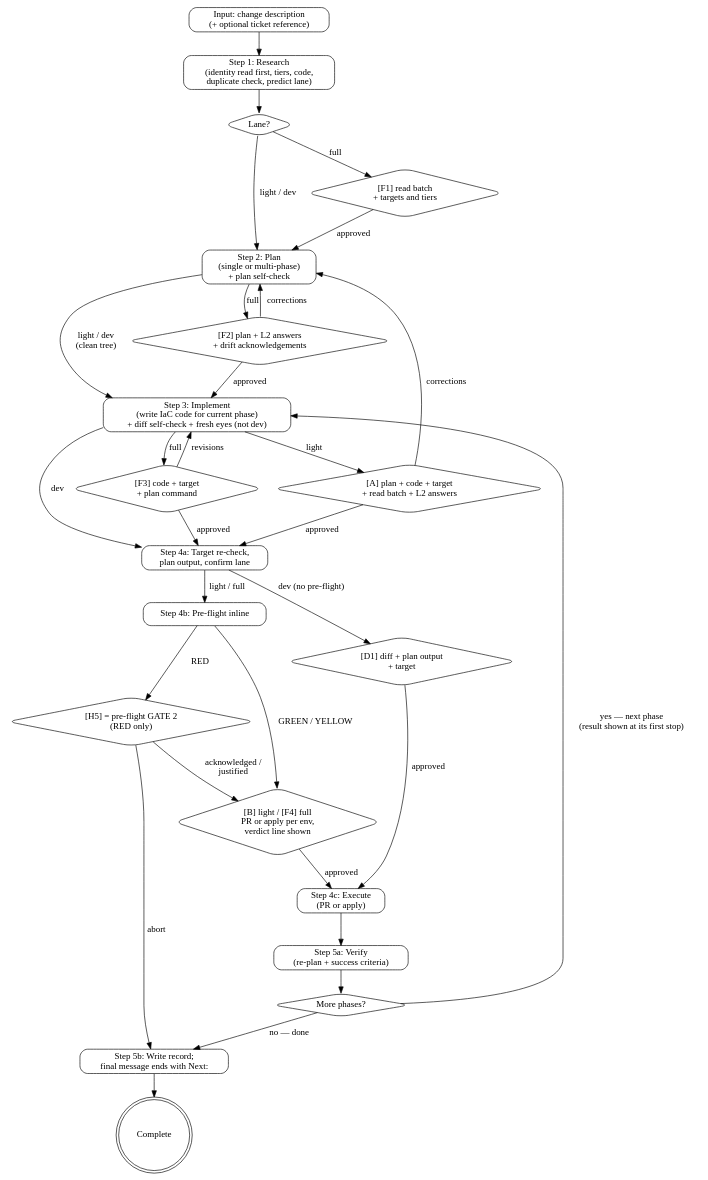
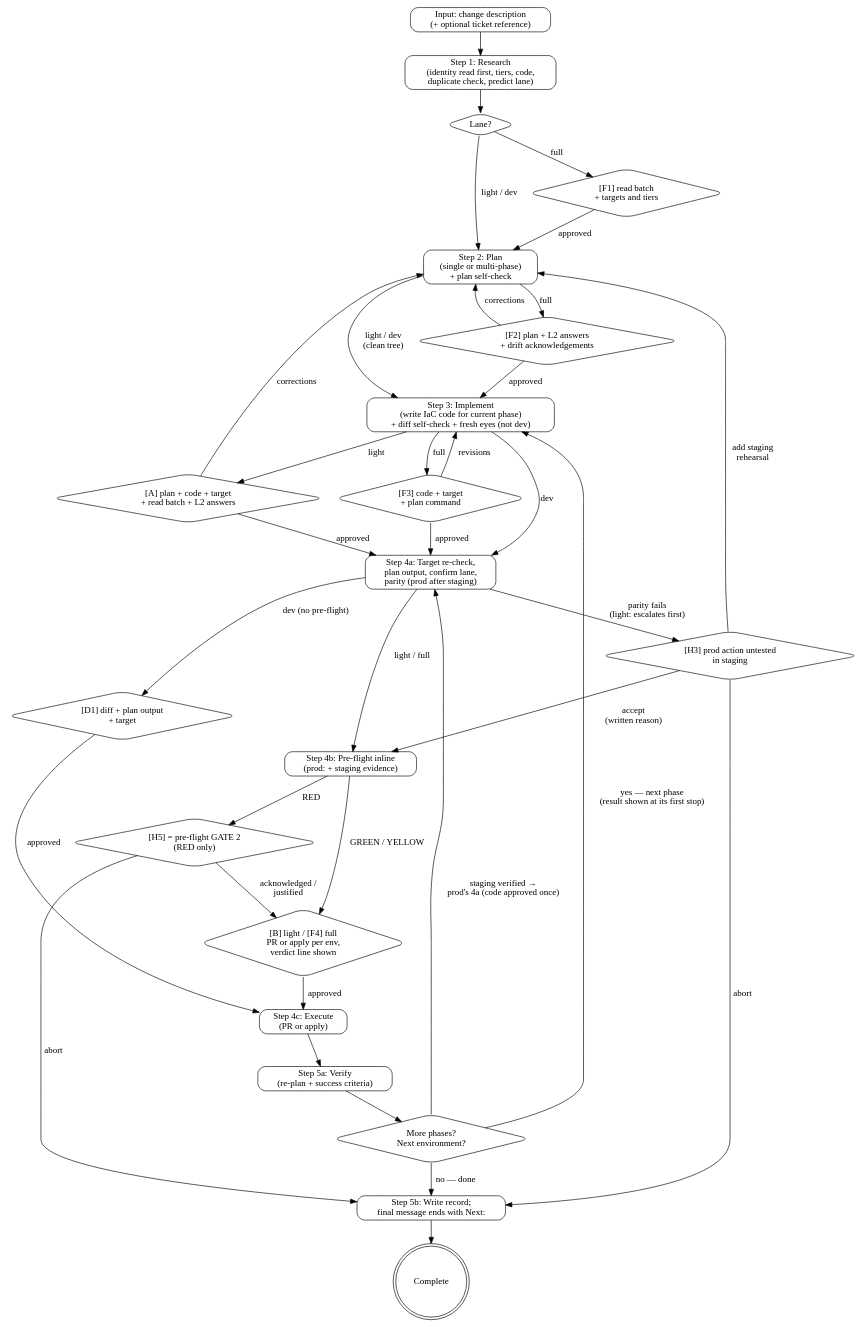
The diagram in skills/iac-change-execution/SKILL.md (culiops/culiops-skills), drawn with Graphviz before and after one commit. The commit also changed other lines of this file and 1 other file, not shown here.

Commit message:
iac-change-execution: staging before prod, parity check

````diff
--- a/skills/iac-change-execution/SKILL.md
+++ b/skills/iac-change-execution/SKILL.md
@@ -93,55 +97,61 @@
 ```dot
 digraph iac_change {
     rankdir=TB;
     node [shape=box, style=rounded];
 
     input     [label="Input: change description\n(+ optional ticket reference)"];
     research  [label="Step 1: Research\n(identity read first, tiers, code,\nduplicate check, predict lane)"];
     lane      [label="Lane?", shape=diamond];
     f1        [label="[F1] read batch\n+ targets and tiers", shape=diamond];
     plan      [label="Step 2: Plan\n(single or multi-phase)\n+ plan self-check"];
     f2        [label="[F2] plan + L2 answers\n+ drift acknowledgements", shape=diamond];
     implement [label="Step 3: Implement\n(write IaC code for current phase)\n+ diff self-check + fresh eyes (not dev)"];
     f3        [label="[F3] code + target\n+ plan command", shape=diamond];
     a         [label="[A] plan + code + target\n+ read batch + L2 answers", shape=diamond];
-    planout   [label="Step 4a: Target re-check,\nplan output, confirm lane"];
-    preflight [label="Step 4b: Pre-flight inline"];
+    planout   [label="Step 4a: Target re-check,\nplan output, confirm lane,\nparity (prod after staging)"];
+    h3        [label="[H3] prod action untested\nin staging", shape=diamond];
+    preflight [label="Step 4b: Pre-flight inline\n(prod: + staging evidence)"];
     h5        [label="[H5] = pre-flight GATE 2\n(RED only)", shape=diamond];
     execstop  [label="[B] light / [F4] full\nPR or apply per env,\nverdict line shown", shape=diamond];
     d1        [label="[D1] diff + plan output\n+ target", shape=diamond];
     execute   [label="Step 4c: Execute\n(PR or apply)"];
     verify    [label="Step 5a: Verify\n(re-plan + success criteria)"];
-    phase     [label="More phases?", shape=diamond];
+    phase     [label="More phases?\nNext environment?", shape=diamond];
     record    [label="Step 5b: Write record;\nfinal message ends with Next:"];
 
     input -> research -> lane;
     lane -> f1           [label="full"];
     lane -> plan         [label="light / dev"];
     f1 -> plan           [label="approved"];
     plan -> f2           [label="full"];
     plan -> implement    [label="light / dev\n(clean tree)"];
     f2 -> implement      [label="approved"];
     f2 -> plan           [label="corrections"];
     implement -> f3      [label="full"];
     implement -> a       [label="light"];
     implement -> planout [label="dev"];
     f3 -> planout        [label="approved"];
     f3 -> implement      [label="revisions"];
     a -> planout         [label="approved"];
     a -> plan            [label="corrections"];
     planout -> preflight [label="light / full"];
     planout -> d1        [label="dev (no pre-flight)"];
+    planout -> h3        [label="parity fails\n(light: escalates first)"];
+    h3 -> preflight      [label="accept\n(written reason)"];
+    h3 -> plan           [label="add staging\nrehearsal"];
+    h3 -> record         [label="abort"];
     preflight -> execstop [label="GREEN / YELLOW"];
     preflight -> h5      [label="RED"];
     h5 -> execstop       [label="acknowledged /\njustified"];
     h5 -> record         [label="abort"];
     d1 -> execute        [label="approved"];
     execstop -> execute  [label="approved"];
     execute -> verify -> phase;
     phase -> implement   [label="yes — next phase\n(result shown at its first stop)"];
+    phase -> planout     [label="staging verified →\nprod's 4a (code approved once)"];
     phase -> record      [label="no — done"];
     record -> done;
 
     done [label="Complete", shape=doublecircle];
 }
 ```
````
